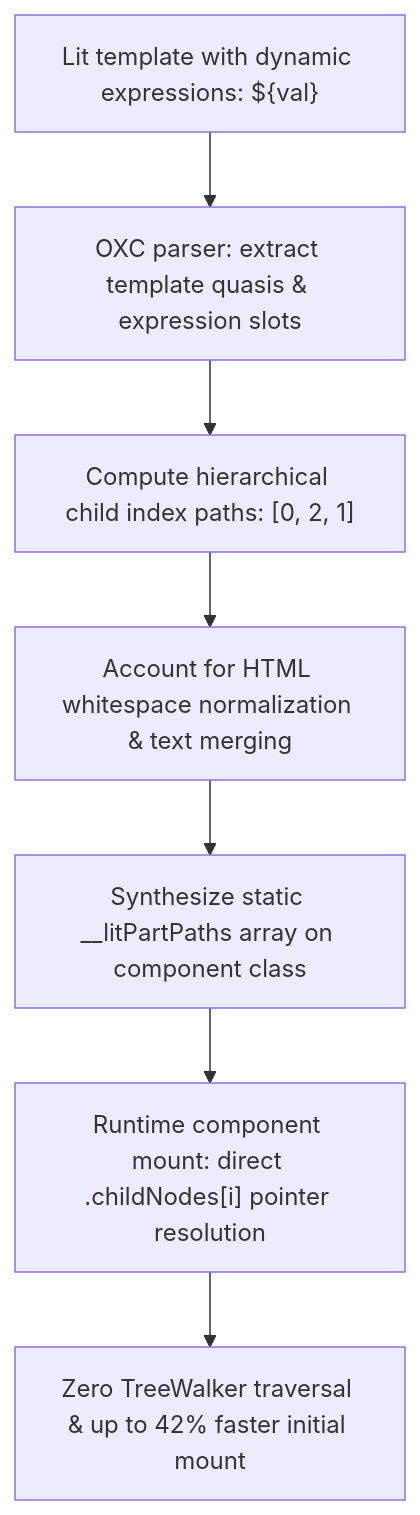
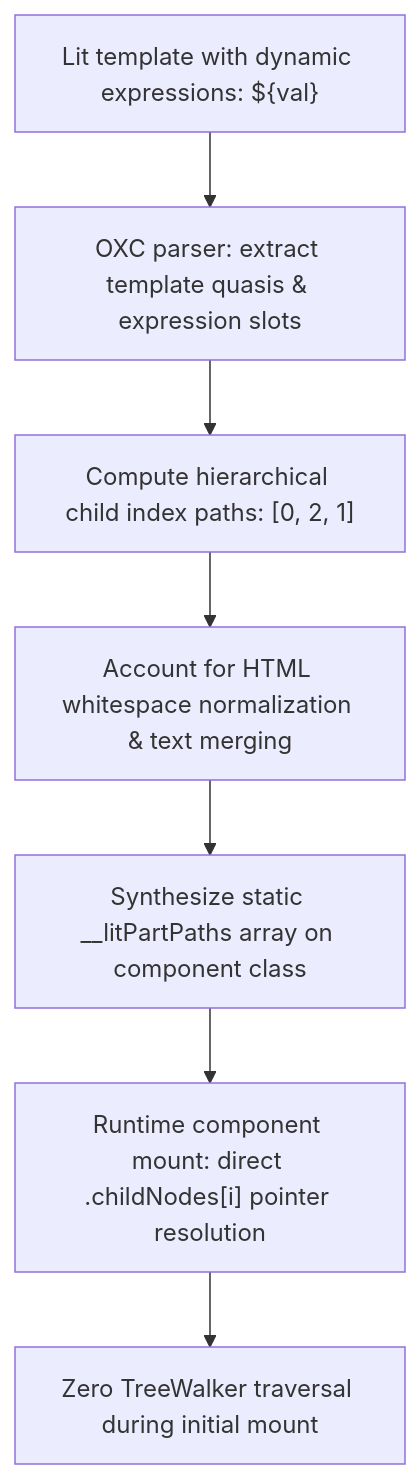
The diagram in packages/transforms/dom-paths/README.md (lit-core/core), drawn with Mermaid before and after one commit. The commit also changed other lines of this file and 25 other files, not shown here.

````diff
--- a/packages/transforms/dom-paths/README.md
+++ b/packages/transforms/dom-paths/README.md
@@ -36,9 +34,9 @@
 ```mermaid
 flowchart TD
     A["Lit template with dynamic expressions: ${val}"] --> B["OXC parser: extract template quasis & expression slots"]
     B --> C["Compute hierarchical child index paths: [0, 2, 1]"]
     C --> D["Account for HTML whitespace normalization & text merging"]
     D --> E["Synthesize static __litPartPaths array on component class"]
     E --> F["Runtime component mount: direct .childNodes[i] pointer resolution"]
-    F --> G["Zero TreeWalker traversal & up to 42% faster initial mount"]
+    F --> G["Zero TreeWalker traversal during initial mount"]
 ```
````
